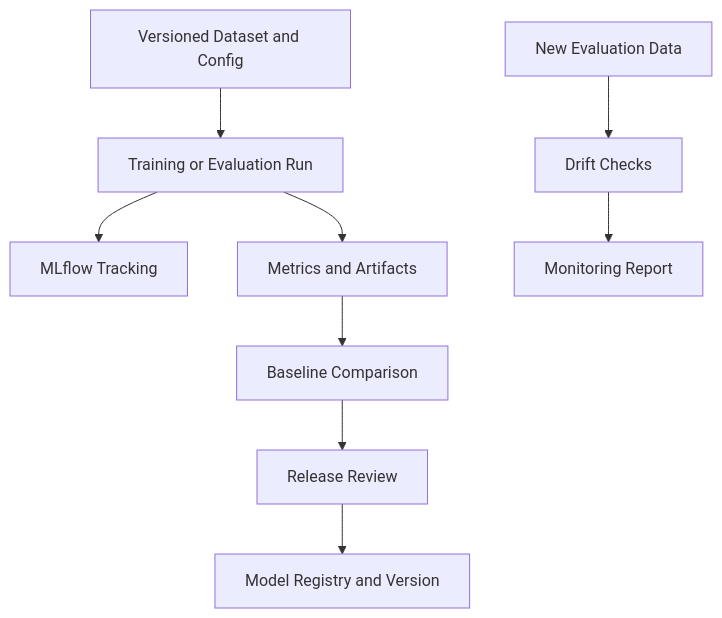
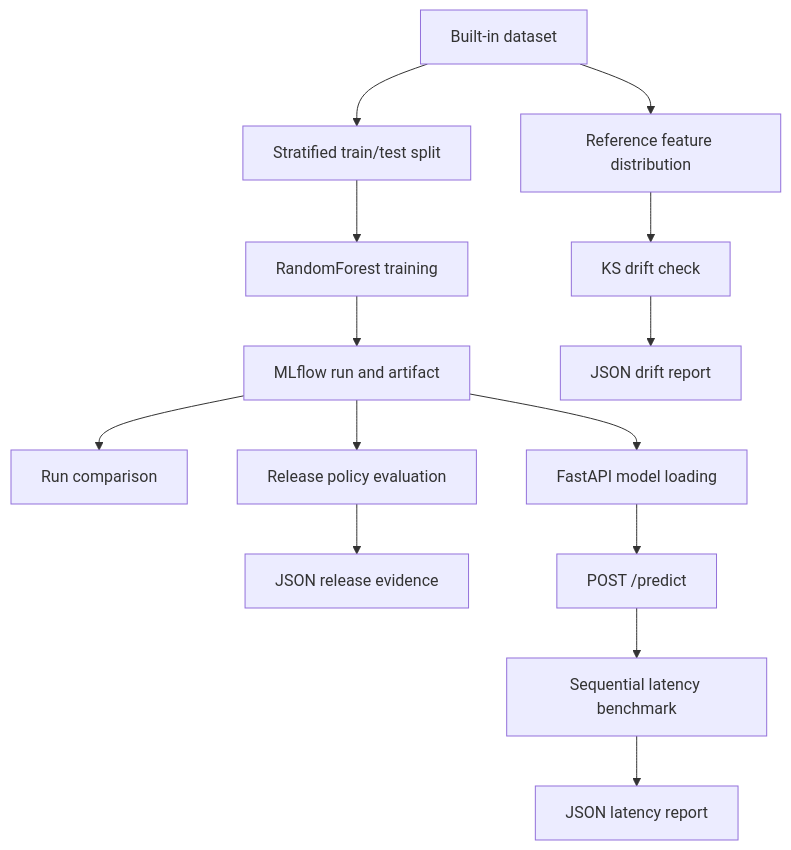
The diagram in README.md (tracolerd/model-release-observatory), drawn with Mermaid before and after one commit. The commit also changed other lines of this file, not shown here.

Commit message:
docs: redesign Model Release Observatory README after code audit

```diff
--- a/README.md
+++ b/README.md
@@ -34,11 +68,16 @@
 ~~~mermaid
 flowchart TD
-    A[Versioned Dataset and Config] --> B[Training or Evaluation Run]
-    B --> C[MLflow Tracking]
-    B --> D[Metrics and Artifacts]
-    D --> E[Baseline Comparison]
-    E --> F[Release Review]
-    F --> G[Model Registry and Version]
-    H[New Evaluation Data] --> I[Drift Checks]
-    I --> J[Monitoring Report]
+    A[Built-in dataset] --> B[Stratified train/test split]
+    B --> C[RandomForest training]
+    C --> D[MLflow run and artifact]
+    D --> E[Run comparison]
+    D --> F[Release policy evaluation]
+    F --> G[JSON release evidence]
+    A --> H[Reference feature distribution]
+    H --> I[KS drift check]
+    I --> J[JSON drift report]
+    D --> K[FastAPI model loading]
+    K --> L[POST /predict]
+    L --> M[Sequential latency benchmark]
+    M --> N[JSON latency report]
 ~~~
```
